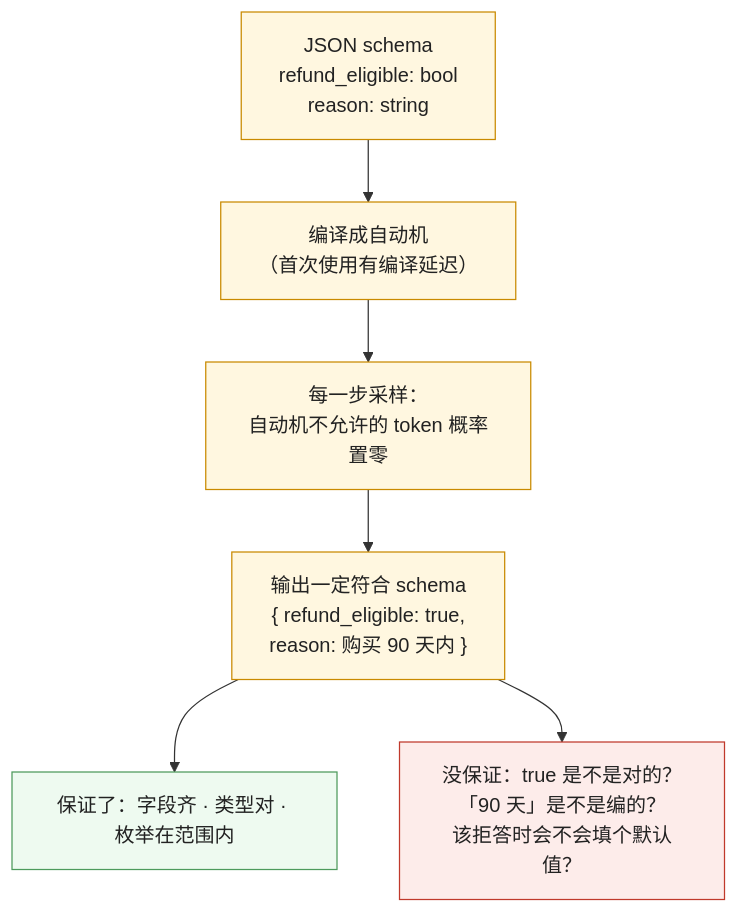
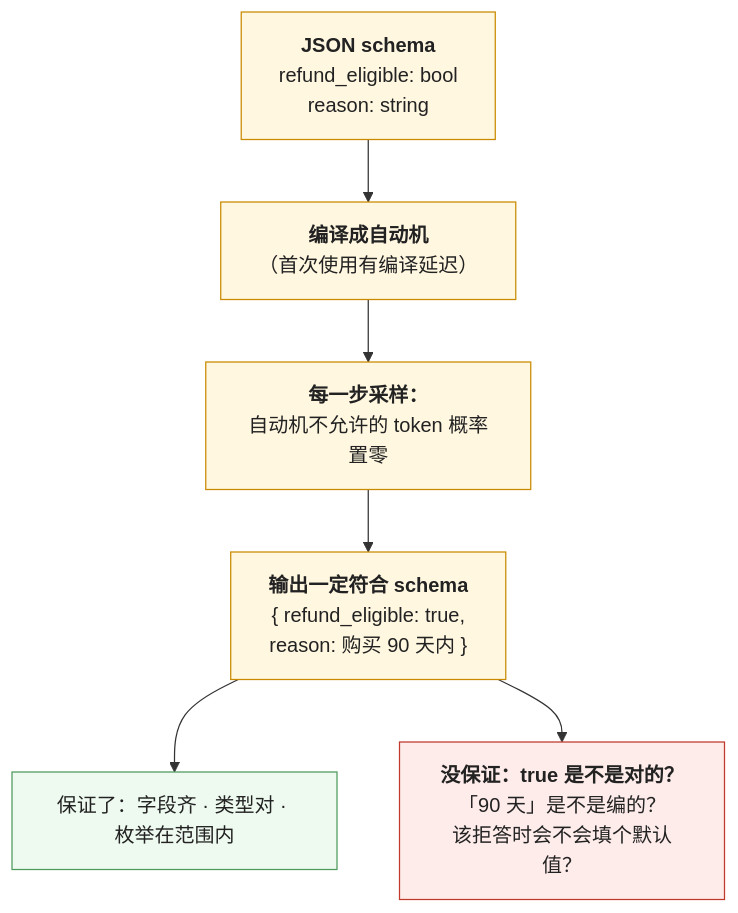
Before and after one commit to arganzheng/arganzheng.github.com: the third of 6 diagrams in _posts/2026-09-30-llm-api-contract-messages-tools-structured-output-and-streaming.md, drawn with Mermaid. The commit also changed other lines of this file and 6 other files, not shown here.

First line of the commit message:
模型作为组件：契约、失效模式与选型：Mermaid 多行方框的首行标为标题（7 篇）

````diff
--- a/_posts/2026-09-30-llm-api-contract-messages-tools-structured-output-and-streaming.md
+++ b/_posts/2026-09-30-llm-api-contract-messages-tools-structured-output-and-streaming.md
@@ -147,15 +147,15 @@
 ```mermaid
 %% 图：约束解码怎么工作，以及它的保证边界——schema 编译成自动机，每一步采样前把不合法的 token 概率置零，所以形状是硬保证；但填进字段里的值仍是模型的续写，语义、拒答、推理质量都在保证之外
 flowchart TB
-    S["JSON schema<br/>refund_eligible: bool<br/>reason: string"] --> A["编译成自动机<br/>（首次使用有编译延迟）"]
-    A --> D["每一步采样：<br/>自动机不允许的 token 概率置零"]
-    D --> O["输出一定符合 schema<br/>{ refund_eligible: true,<br/>  reason: 购买 90 天内 }"]
+    S["<b>JSON schema</b><br/>refund_eligible: bool<br/>reason: string"] --> A["<b>编译成自动机</b><br/>（首次使用有编译延迟）"]
+    A --> D["<b>每一步采样：</b><br/>自动机不允许的 token 概率置零"]
+    D --> O["<b>输出一定符合 schema</b><br/>{ refund_eligible: true,<br/>  reason: 购买 90 天内 }"]
     O --> G1["保证了：字段齐 · 类型对 · 枚举在范围内"]
-    O --> G2["没保证：true 是不是对的？<br/>「90 天」是不是编的？<br/>该拒答时会不会填个默认值？"]
+    O --> G2["<b>没保证：true 是不是对的？</b><br/>「90 天」是不是编的？<br/>该拒答时会不会填个默认值？"]
     classDef ok fill:#eefaf0,stroke:#4d9a5c,color:#222
     classDef bad fill:#fdecea,stroke:#c0392b,color:#222
     classDef step fill:#fff7e0,stroke:#c98a00,color:#222
     class S,A,D,O step
     class G1 ok
     class G2 bad
 ```
````
